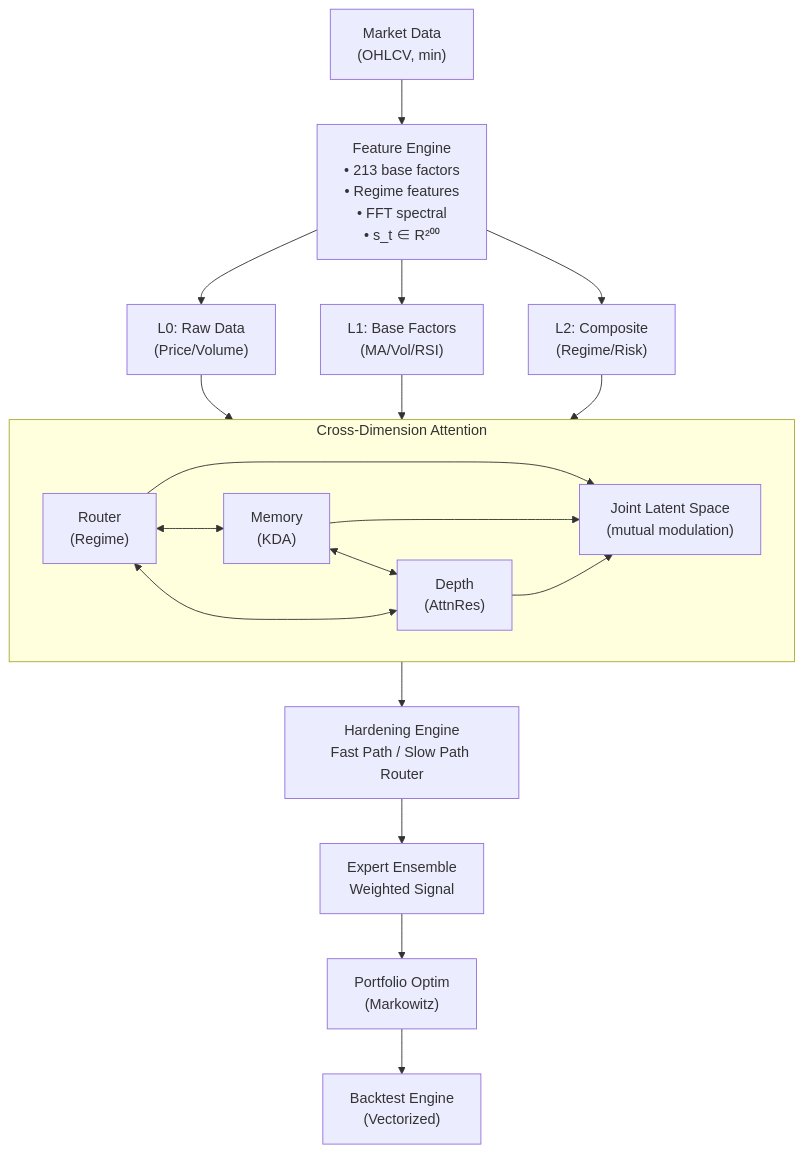
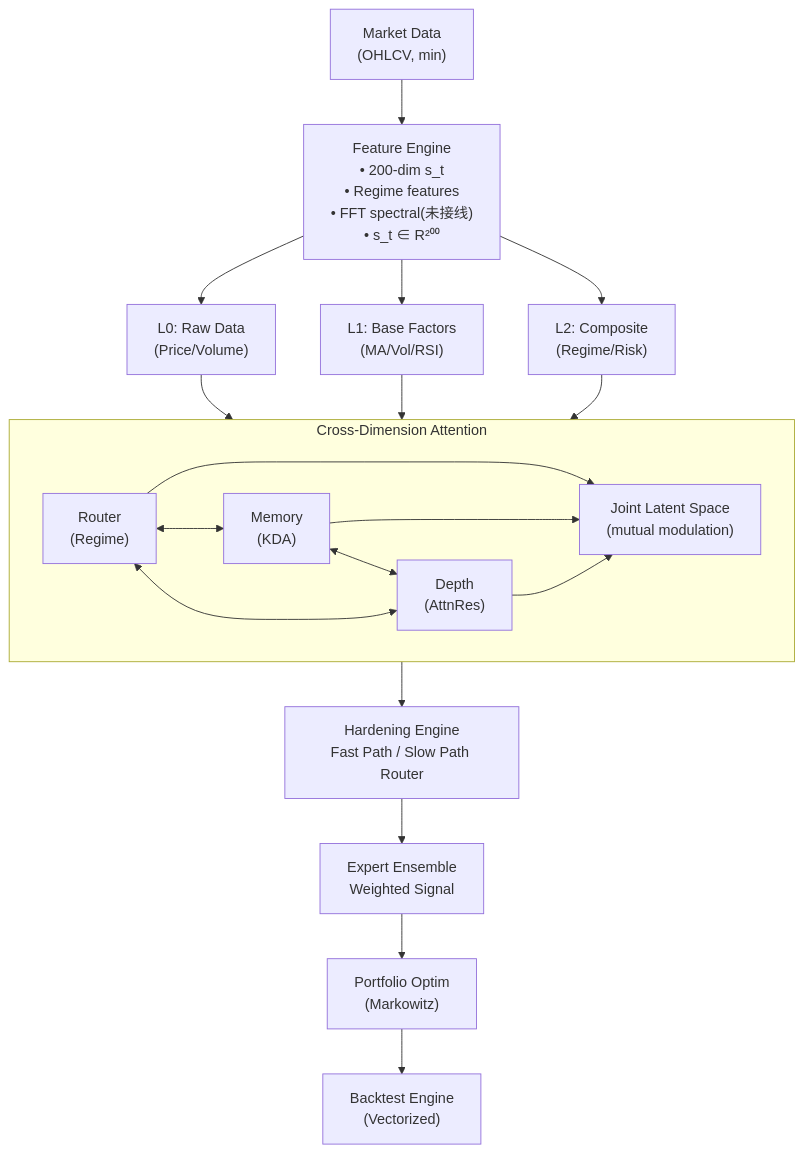
Before and after one commit to Alastair-Jiang/Dongxu-Jiang-daft: the diagram in README.md, drawn with Mermaid. The commit also changed other lines of this file and 33 other files, not shown here.

````diff
--- a/README.md
+++ b/README.md
@@ -96,39 +96,39 @@
 ```mermaid
 flowchart TD
     MD["Market Data<br/>(OHLCV, min)"]
-    FE["Feature Engine<br/>• 213 base factors<br/>• Regime features<br/>• FFT spectral<br/>• s_t ∈ R²⁰⁰"]
+    FE["Feature Engine<br/>• 200-dim s_t<br/>• Regime features<br/>• FFT spectral(未接线)<br/>• s_t ∈ R²⁰⁰"]
     MD --> FE
 
     L0["L0: Raw Data<br/>(Price/Volume)"]
     L1["L1: Base Factors<br/>(MA/Vol/RSI)"]
     L2["L2: Composite<br/>(Regime/Risk)"]
     FE --> L0
     FE --> L1
     FE --> L2
 
     subgraph CDA["Cross-Dimension Attention"]
         R["Router<br/>(Regime)"]
         M["Memory<br/>(KDA)"]
         D["Depth<br/>(AttnRes)"]
         R <--> M
         M <--> D
         D <--> R
         JLS["Joint Latent Space<br/>(mutual modulation)"]
         R --> JLS
         M --> JLS
         D --> JLS
     end
 
     L0 --> CDA
     L1 --> CDA
     L2 --> CDA
 
     HE["Hardening Engine<br/>Fast Path / Slow Path Router"]
     CDA --> HE
     EE["Expert Ensemble<br/>Weighted Signal"]
     HE --> EE
     PO["Portfolio Optim<br/>(Markowitz)"]
     EE --> PO
     BE["Backtest Engine<br/>(Vectorized)"]
     PO --> BE
 ```
````
